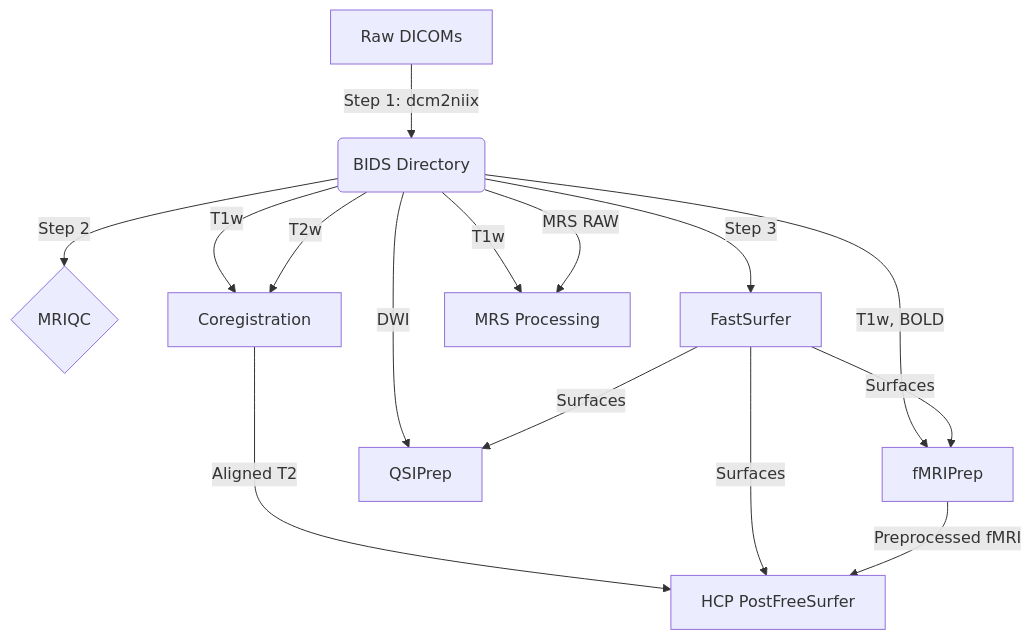
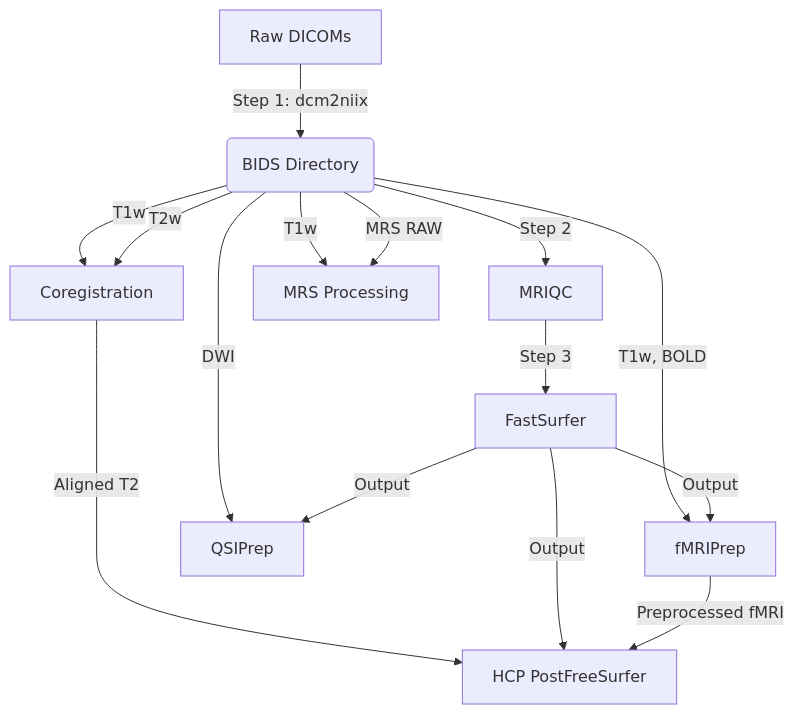
One commit to Daniel-Halls/mindquad changed the diagram in README.md. Above: the diagram before and after it, drawn with Mermaid. The commit also changed other lines of this file and 2 other files, not shown here.

````diff
--- a/README.md
+++ b/README.md
@@ -9,22 +9,22 @@
 ```mermaid
 graph TD
     A[Raw DICOMs] -->|Step 1: dcm2niix| B(BIDS Directory)
-    B -->|Step 2| C{MRIQC}
-    B -->|Step 3| D[FastSurfer]
+    B -->|Step 2| C[MRIQC]
+    C -->|Step 3| D[FastSurfer]
     
-    D -->|Surfaces| E[fMRIPrep]
+    D -->|Output| E[fMRIPrep]
     B -->|T1w, BOLD| E
     
-    D -->|Surfaces| F[QSIPrep]
+    D -->|Output| F[QSIPrep]
     B -->|DWI| F
     
     B -->|T2w| G[Coregistration]
     B -->|T1w| G
     
     E -->|Preprocessed fMRI| H[HCP PostFreeSurfer]
-    D -->|Surfaces| H
+    D -->|Output| H
     G -->|Aligned T2| H
     
     B -->|MRS RAW| I[MRS Processing]
     B -->|T1w| I
 ```
````
